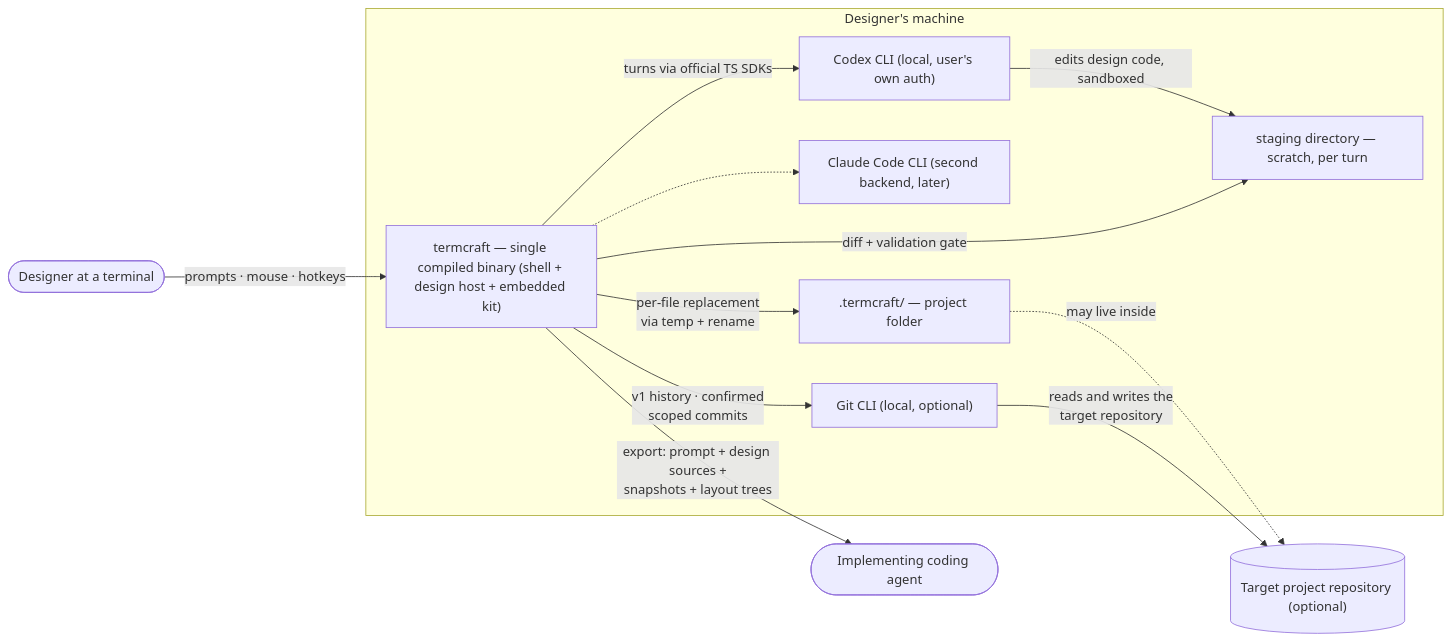
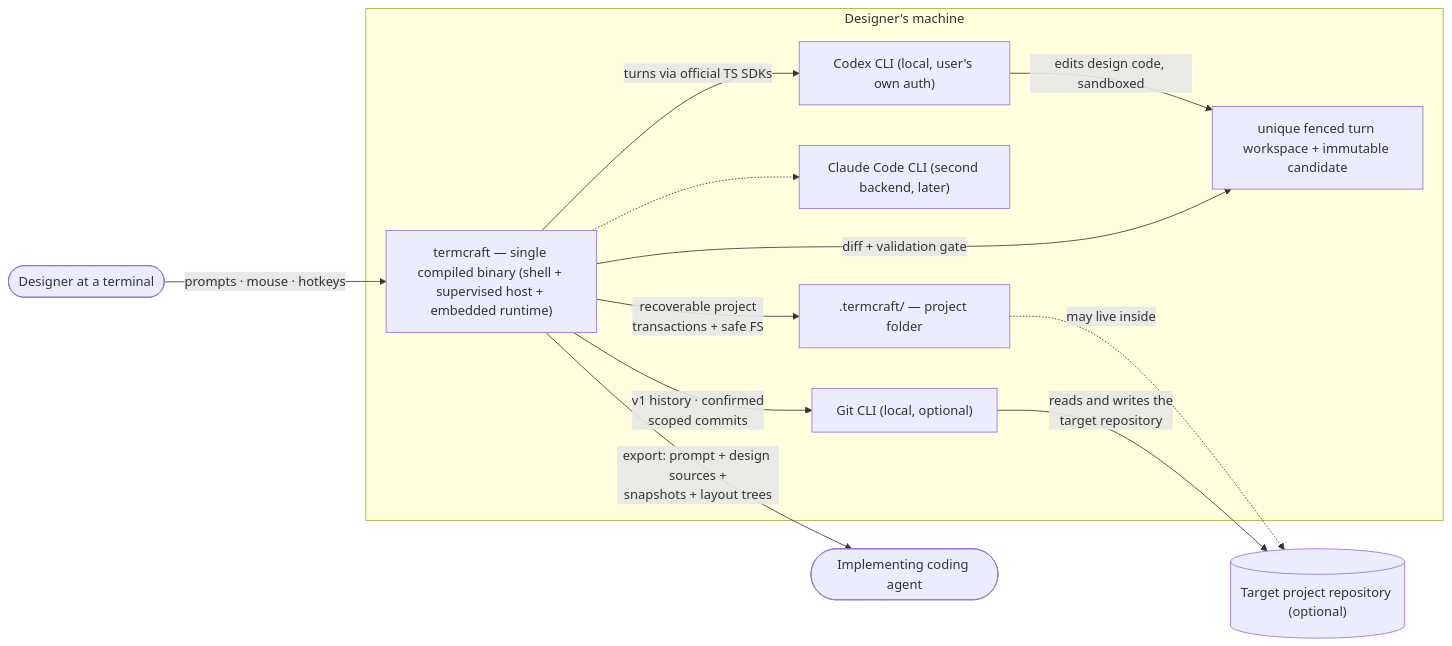
The diagram in docs/architecture/overview.md (khmilevoi/termcraft), drawn with Mermaid before and after one commit. The commit also changed other lines of this file and 22 other files, not shown here.

````diff
--- a/docs/architecture/overview.md
+++ b/docs/architecture/overview.md
@@ -3,25 +3,25 @@
 ```mermaid
 flowchart LR
     designer(["Designer at a terminal"])
     coder(["Implementing coding agent"])
     subgraph machine["Designer's machine"]
-        termcraft["termcraft — single compiled binary (shell + design host + embedded kit)"]
+        termcraft["termcraft — single compiled binary (shell + supervised host + embedded runtime)"]
         codexcli["Codex CLI (local, user's own auth)"]
         claudecli["Claude Code CLI (second backend, later)"]
         gitcli["Git CLI (local, optional)"]
-        staging["staging directory — scratch, per turn"]
+        staging["unique fenced turn workspace + immutable candidate"]
         folder[".termcraft/ — project folder"]
     end
     repo[("Target project repository (optional)")]
 
     designer -- "prompts · mouse · hotkeys" --> termcraft
     termcraft -- "turns via official TS SDKs" --> codexcli
     termcraft -.-> claudecli
     codexcli -- "edits design code, sandboxed" --> staging
     termcraft -- "diff + validation gate" --> staging
-    termcraft -- "per-file replacement<br/>via temp + rename" --> folder
+    termcraft -- "recoverable project<br/>transactions + safe FS" --> folder
     folder -. "may live inside" .-> repo
     termcraft -- "v1 history · confirmed<br/>scoped commits" --> gitcli
     gitcli -- "reads and writes the<br/>target repository" --> repo
     termcraft -- "export: prompt + design sources +<br/>snapshots + layout trees" --> coder
 ```
````
